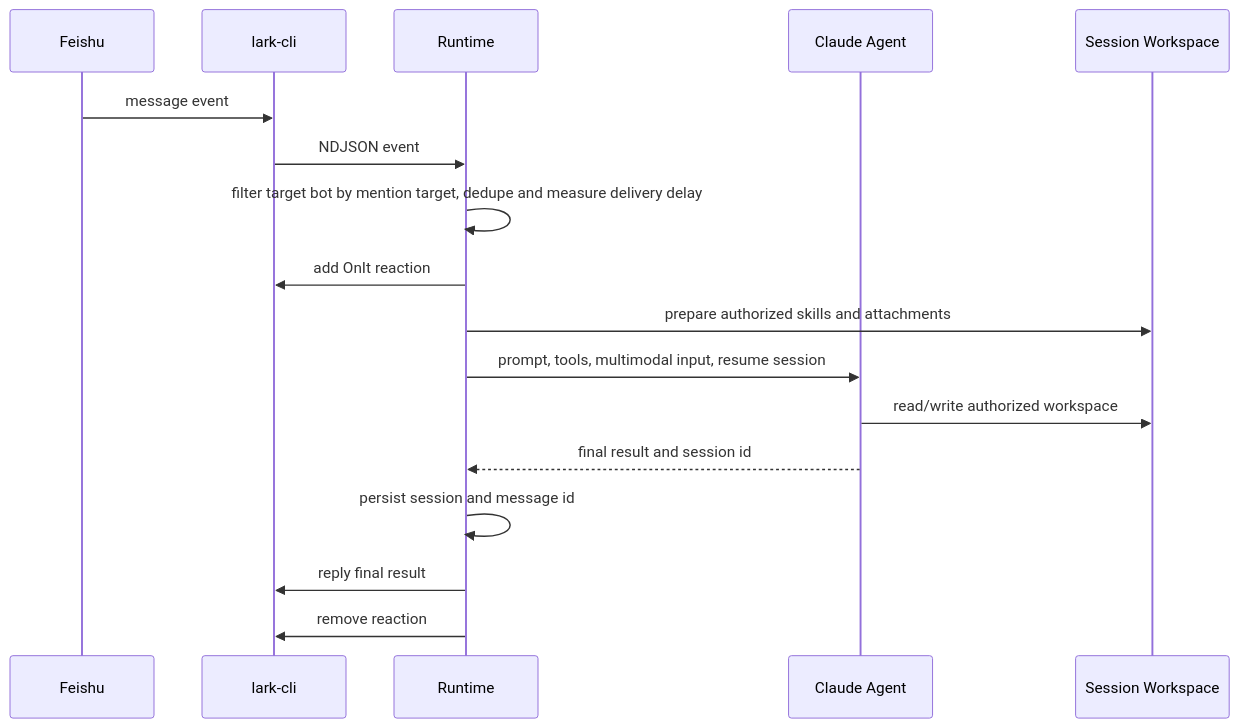
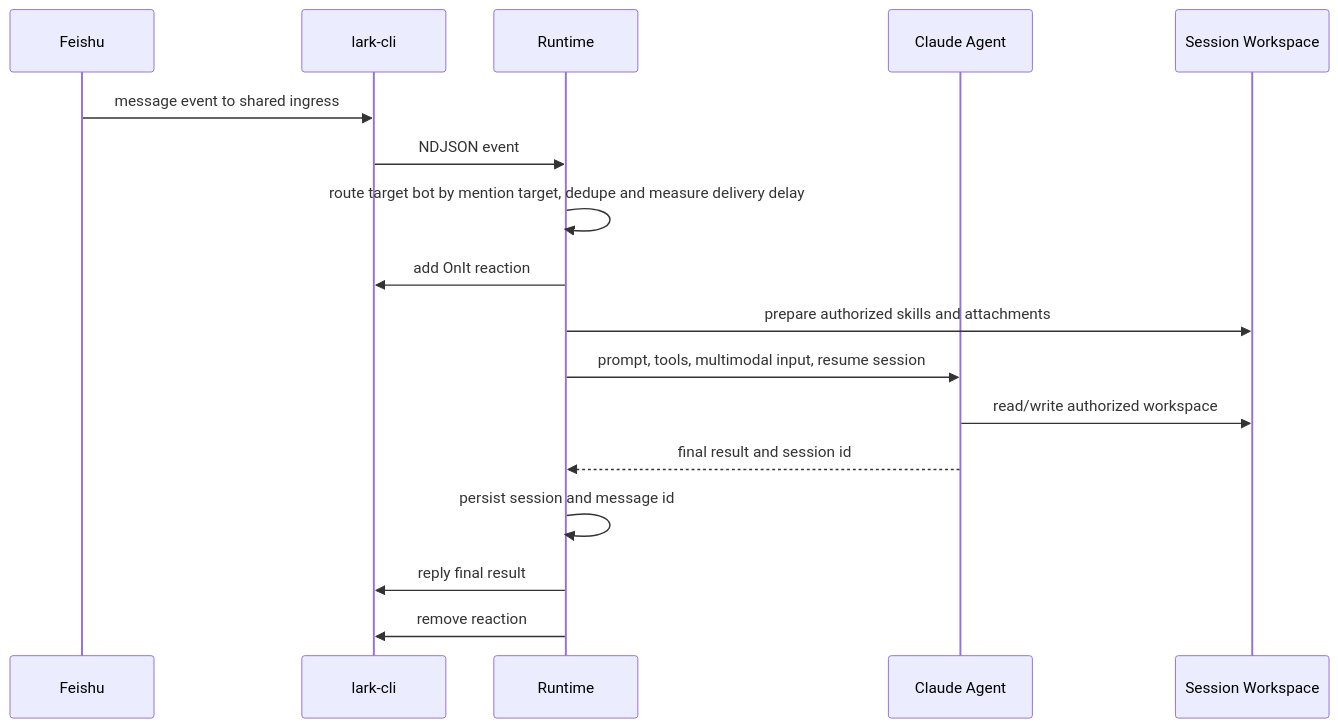
One commit to Quarkfan/QuarkFanTools changed the second of 2 diagrams in docs/architecture.md. Above: the diagram before and after it, drawn with Mermaid. The commit also changed other lines of this file and 20 other files, not shown here.

````diff
--- a/docs/architecture.md
+++ b/docs/architecture.md
@@ -30,20 +30,20 @@
 ```mermaid
 sequenceDiagram
     participant F as Feishu
     participant L as lark-cli
     participant R as Runtime
     participant C as Claude Agent
     participant W as Session Workspace
 
-    F->>L: message event
+    F->>L: message event to shared ingress
     L->>R: NDJSON event
-    R->>R: filter target bot by mention target, dedupe and measure delivery delay
+    R->>R: route target bot by mention target, dedupe and measure delivery delay
     R->>L: add OnIt reaction
     R->>W: prepare authorized skills and attachments
     R->>C: prompt, tools, multimodal input, resume session
     C->>W: read/write authorized workspace
     C-->>R: final result and session id
     R->>R: persist session and message id
     R->>L: reply final result
     R->>L: remove reaction
 ```
````
